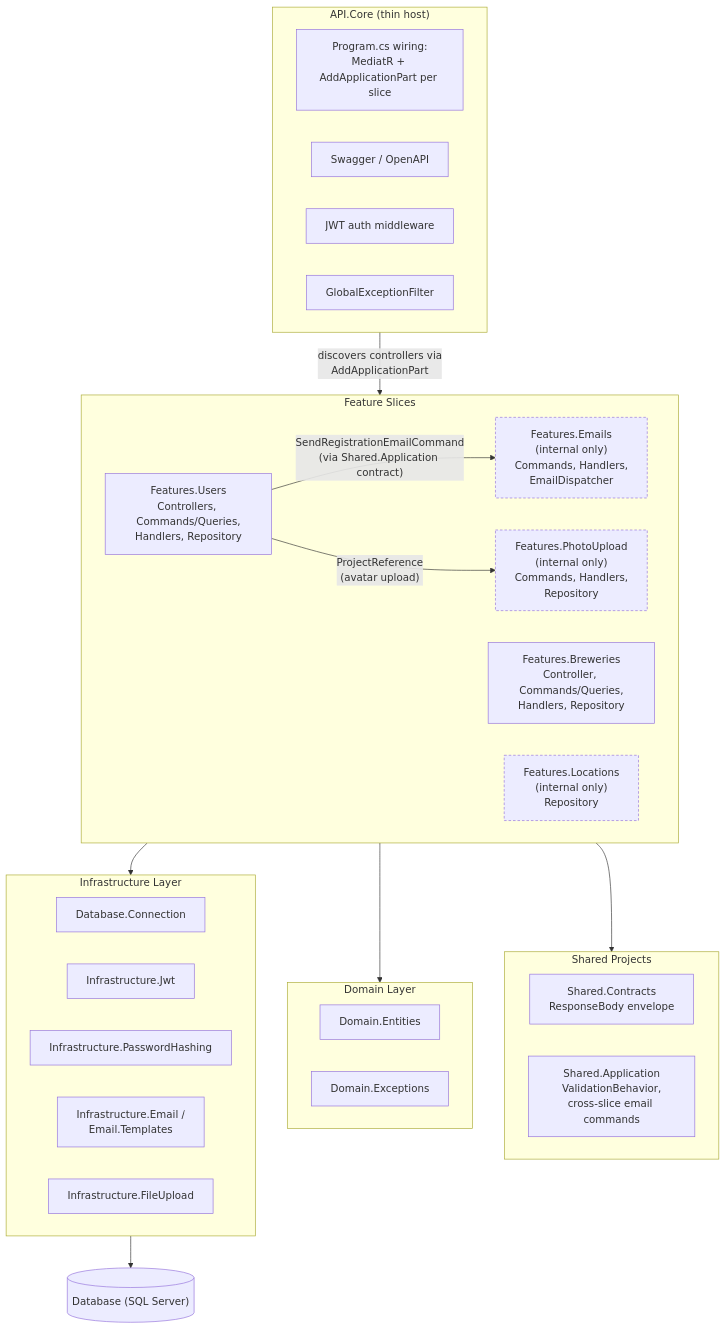
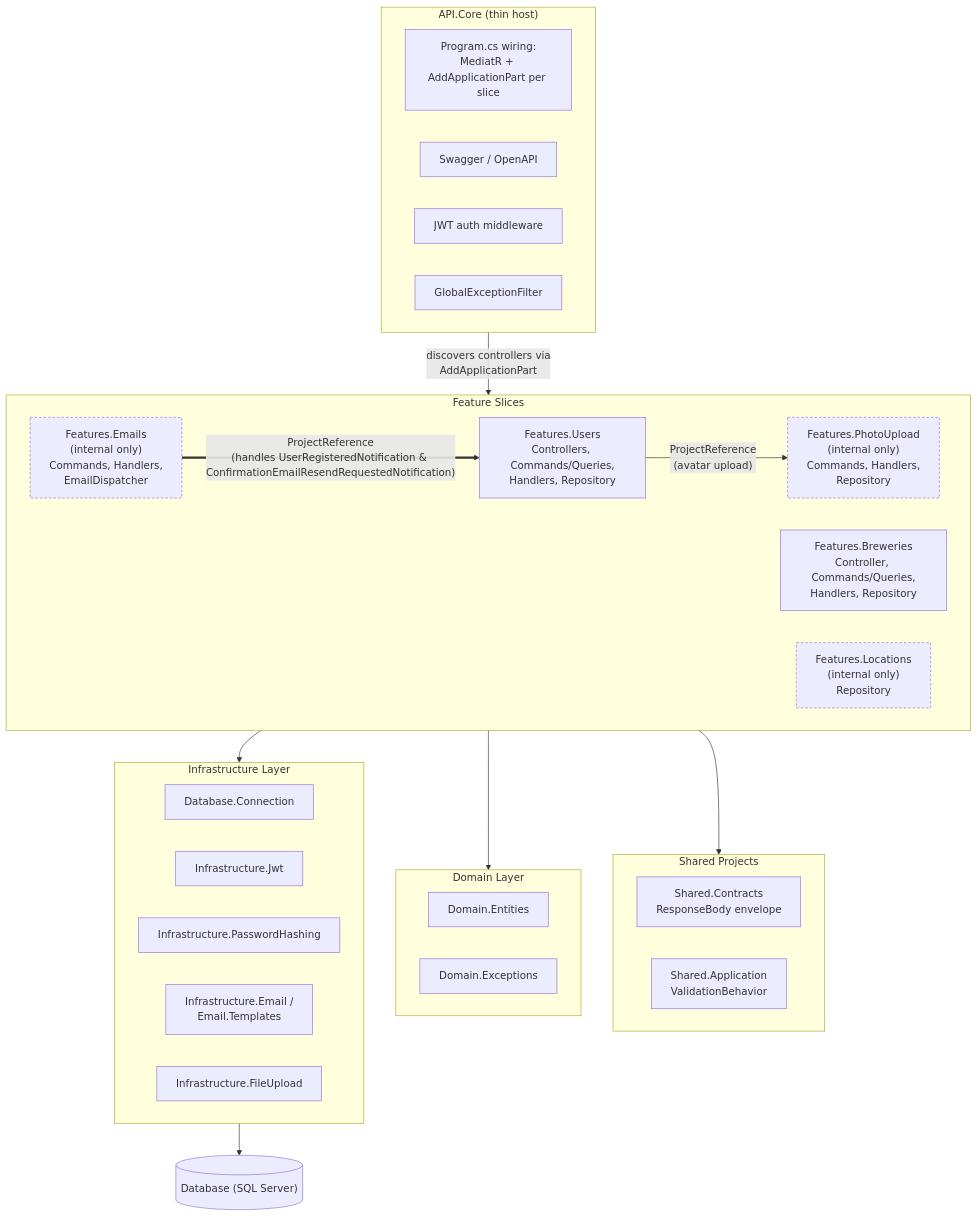
The first of 2 diagrams in docs/web/architecture.md (aaronpo97/the-biergarten-app), drawn with Mermaid before and after one commit. The commit also changed other lines of this file and 23 other files, not shown here.

Commit message:
Replace shared email commands with MediatR notifications (#280)

````diff
--- a/docs/web/architecture.md
+++ b/docs/web/architecture.md
@@ -58,56 +58,56 @@
 ```mermaid
 flowchart TB
     subgraph HOST["API.Core (thin host)"]
         direction LR
         H1["Program.cs wiring:<br/>MediatR + AddApplicationPart per slice"]
         H2["Swagger / OpenAPI"]
         H3["JWT auth middleware"]
         H4["GlobalExceptionFilter"]
     end
 
     subgraph SLICES["Feature Slices"]
         direction LR
         S1["Features.Users<br/>Controllers, Commands/Queries,<br/>Handlers, Repository"]
         S2["Features.Breweries<br/>Controller, Commands/Queries,<br/>Handlers, Repository"]
         S3["Features.Emails<br/>(internal only)<br/>Commands, Handlers,<br/>EmailDispatcher"]
         S4["Features.Locations<br/>(internal only)<br/>Repository"]
         S5["Features.PhotoUpload<br/>(internal only)<br/>Commands, Handlers,<br/>Repository"]
     end
 
     subgraph SHARED["Shared Projects"]
         direction LR
         SH1["Shared.Contracts<br/>ResponseBody envelope"]
-        SH2["Shared.Application<br/>ValidationBehavior,<br/>cross-slice email commands"]
+        SH2["Shared.Application<br/>ValidationBehavior"]
     end
 
     subgraph DOMAIN["Domain Layer"]
         direction LR
         D1["Domain.Entities"]
         D2["Domain.Exceptions"]
     end
 
     subgraph INFRA["Infrastructure Layer"]
         direction LR
         I1["Database.Connection"]
         I2["Infrastructure.Jwt"]
         I3["Infrastructure.PasswordHashing"]
         I4["Infrastructure.Email /<br/>Email.Templates"]
         I5["Infrastructure.FileUpload"]
     end
 
     DB[("Database (SQL Server)")]
 
     HOST -- "discovers controllers via<br/>AddApplicationPart" --> SLICES
-    S1 -- "SendRegistrationEmailCommand<br/>(via Shared.Application contract)" --> S3
+    S3 == "ProjectReference<br/>(handles UserRegisteredNotification & ConfirmationEmailResendRequestedNotification)" ==> S1
     S1 -- "ProjectReference<br/>(avatar upload)" --> S5
 
     SLICES --> SHARED
     SLICES --> DOMAIN
     SLICES --> INFRA
 
     INFRA --> DB
 
     style S3 stroke-dasharray: 4 3
     style S4 stroke-dasharray: 4 3
     style S5 stroke-dasharray: 4 3
 ```
````
